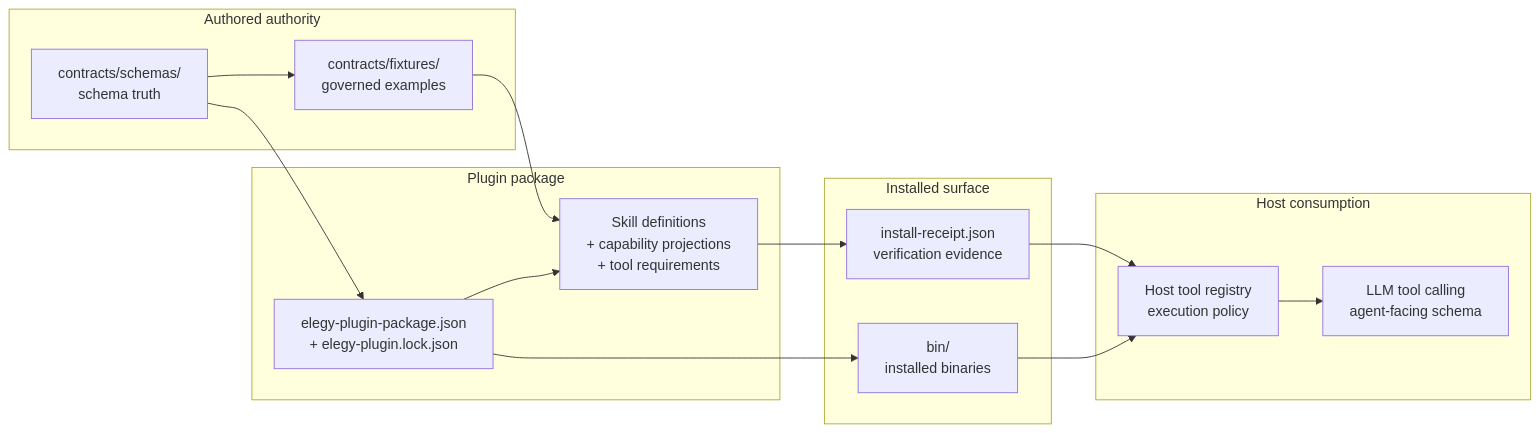
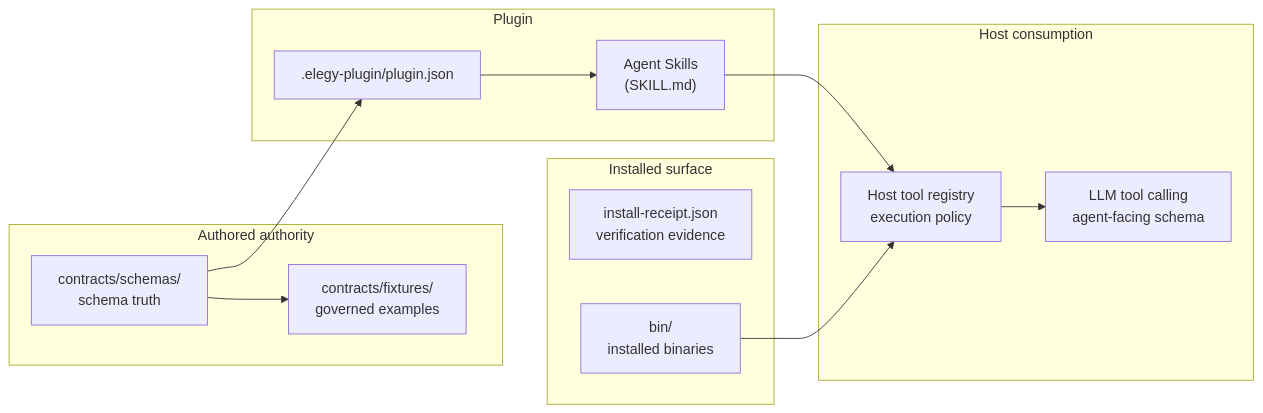
The second of 3 diagrams in docs/architecture/ecosystem-topology.md (Sofreshx/Elegy), drawn with Mermaid before and after one commit. The commit also changed 129 other files, not shown here.

````diff
--- a/docs/architecture/ecosystem-topology.md
+++ b/docs/architecture/ecosystem-topology.md
@@ -142,32 +142,29 @@
 ```mermaid
 flowchart LR
     subgraph authored["Authored authority"]
         schemas["contracts/schemas/\nschema truth"]
         fixtures["contracts/fixtures/\ngoverned examples"]
     end
 
-    subgraph package["Plugin package"]
-        pkg_json["elegy-plugin-package.json\n+ elegy-plugin.lock.json"]
-        skills["Skill definitions\n+ capability projections\n+ tool requirements"]
+    subgraph package["Plugin"]
+        pkg_json[".elegy-plugin/plugin.json"]
+        skills["Agent Skills\n(SKILL.md)"]
     end
 
     subgraph installed["Installed surface"]
         receipt["install-receipt.json\nverification evidence"]
         bin_dir["bin/\ninstalled binaries"]
     end
 
     subgraph host["Host consumption"]
         registry["Host tool registry\nexecution policy"]
         llm["LLM tool calling\nagent-facing schema"]
     end
 
     schemas --> fixtures
     schemas --> pkg_json
-    fixtures --> skills
     pkg_json --> skills
-    skills --> receipt
-    receipt --> registry
+    skills --> registry
+    bin_dir --> registry
     registry --> llm
-    pkg_json --> bin_dir
-    bin_dir --> registry
 ```
````
